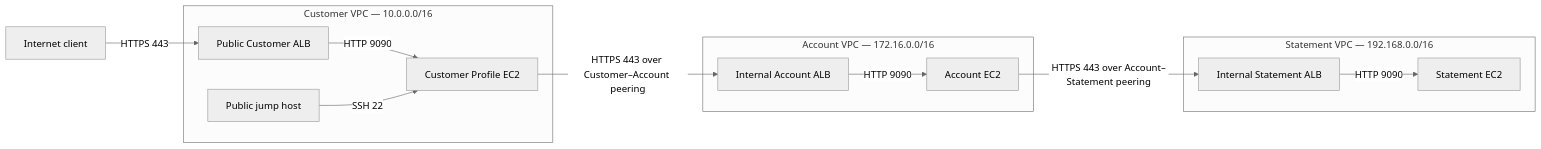
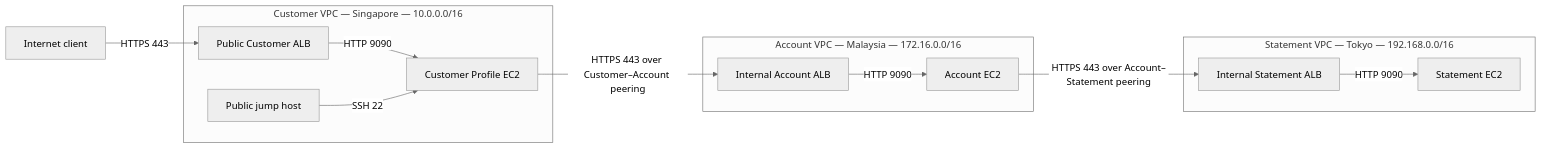
One commit to cloudhein/aws-vpc-peering-inter-region-microservices changed the first of 2 diagrams in README.md. Above: the diagram before and after it, drawn with Mermaid (neutral theme). The commit also changed other lines of this file and 9 other files, not shown here.

Commit message:
Update the readme docs & diagram

````diff
--- a/README.md
+++ b/README.md
@@ -51,16 +47,16 @@
 ```mermaid
 flowchart LR
     U[Internet client] -->|HTTPS 443| CLB
-    subgraph C[Customer VPC — 10.0.0.0/16]
+    subgraph C[Customer VPC — Singapore — 10.0.0.0/16]
         CLB[Public Customer ALB] -->|HTTP 9090| CP[Customer Profile EC2]
         J[Public jump host] -->|SSH 22| CP
     end
-    subgraph A[Account VPC — 172.16.0.0/16]
+    subgraph A[Account VPC — Malaysia — 172.16.0.0/16]
         ALB[Internal Account ALB] -->|HTTP 9090| AC[Account EC2]
     end
-    subgraph S[Statement VPC — 192.168.0.0/16]
+    subgraph S[Statement VPC — Tokyo — 192.168.0.0/16]
         SLB[Internal Statement ALB] -->|HTTP 9090| ST[Statement EC2]
     end
     CP -->|HTTPS 443 over Customer–Account peering| ALB
     AC -->|HTTPS 443 over Account–Statement peering| SLB
 ```
````
